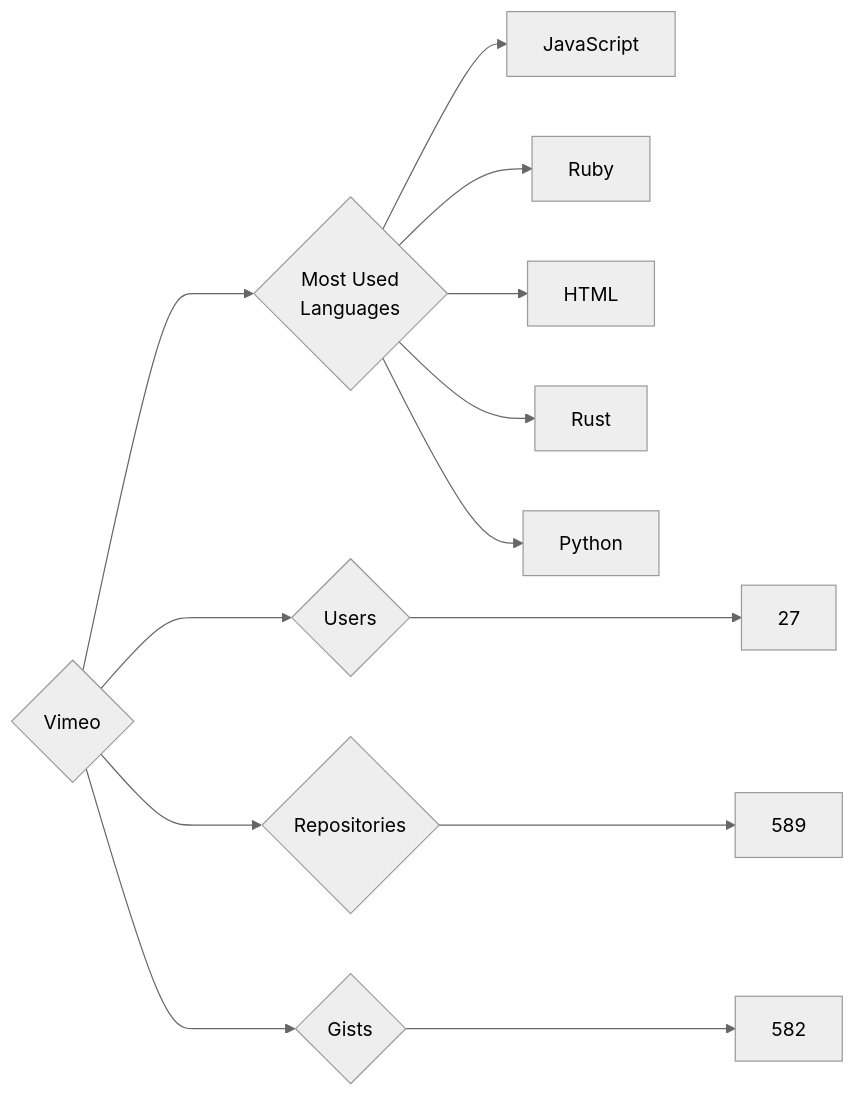
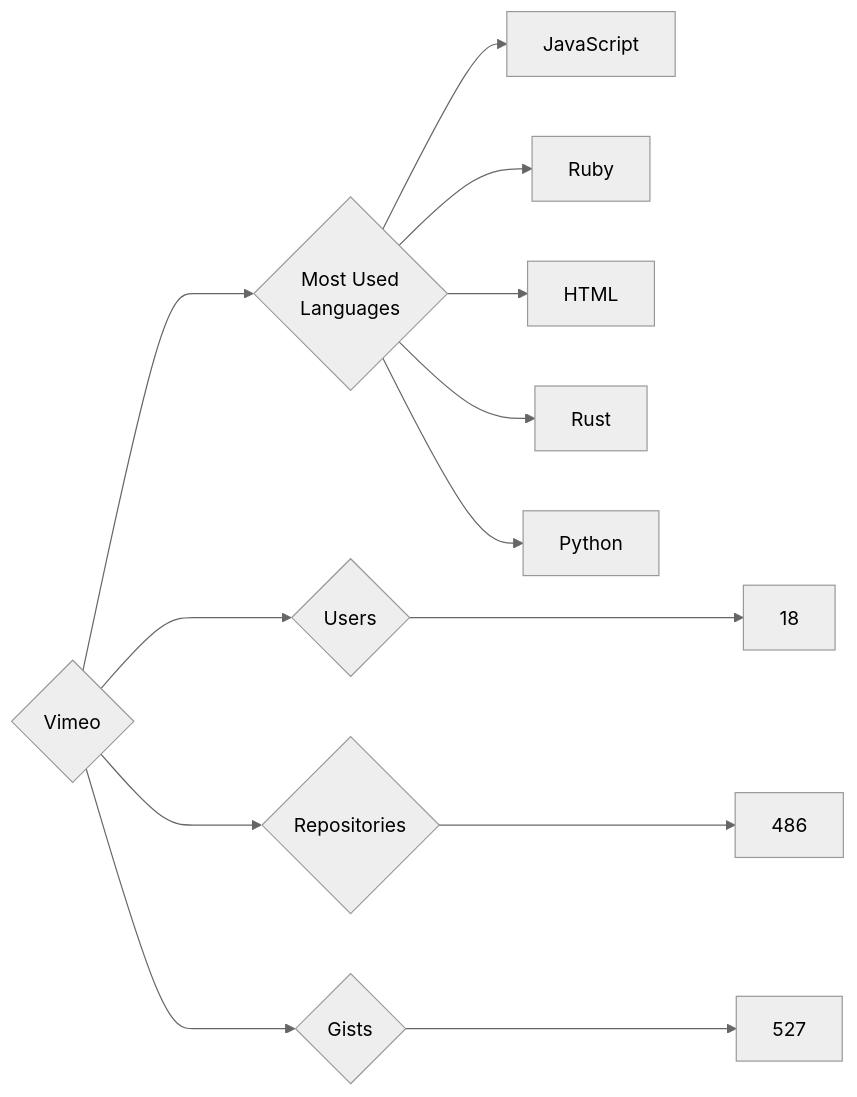
One commit to trickest/insiders changed the diagram in targets/Vimeo/README.md. Above: the diagram before and after it, drawn with Mermaid (neutral theme). The commit also changed 976 other files, not shown here.

````diff
--- a/targets/Vimeo/README.md
+++ b/targets/Vimeo/README.md
@@ -3,13 +3,13 @@
 ```mermaid
 graph LR
 COMPANY_NAME{Vimeo}
-COMPANY_NAME ---> U{Users} ---> UN[27]
-COMPANY_NAME ---> R{Repositories} ---> RN[589]
-COMPANY_NAME ---> G{Gists} ---> GN[582]
+COMPANY_NAME ---> U{Users} ---> UN[18]
+COMPANY_NAME ---> R{Repositories} ---> RN[486]
+COMPANY_NAME ---> G{Gists} ---> GN[527]
 COMPANY_NAME ---> ML{Most Used<br>Languages}
 ML --> JavaScript[JavaScript]
 ML --> Ruby[Ruby]
 ML --> HTML[HTML]
 ML --> Rust[Rust]
 ML --> Python[Python]
 ```
````
